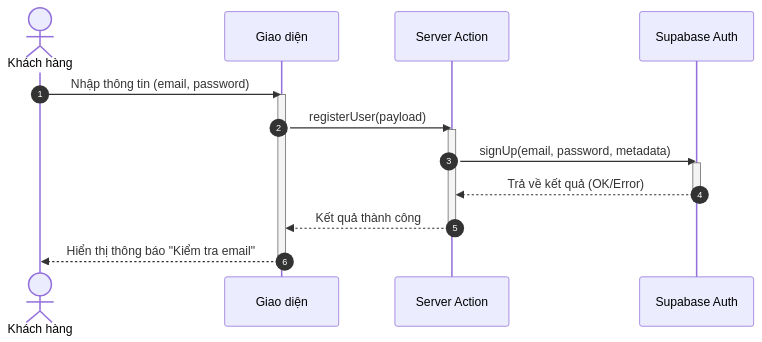
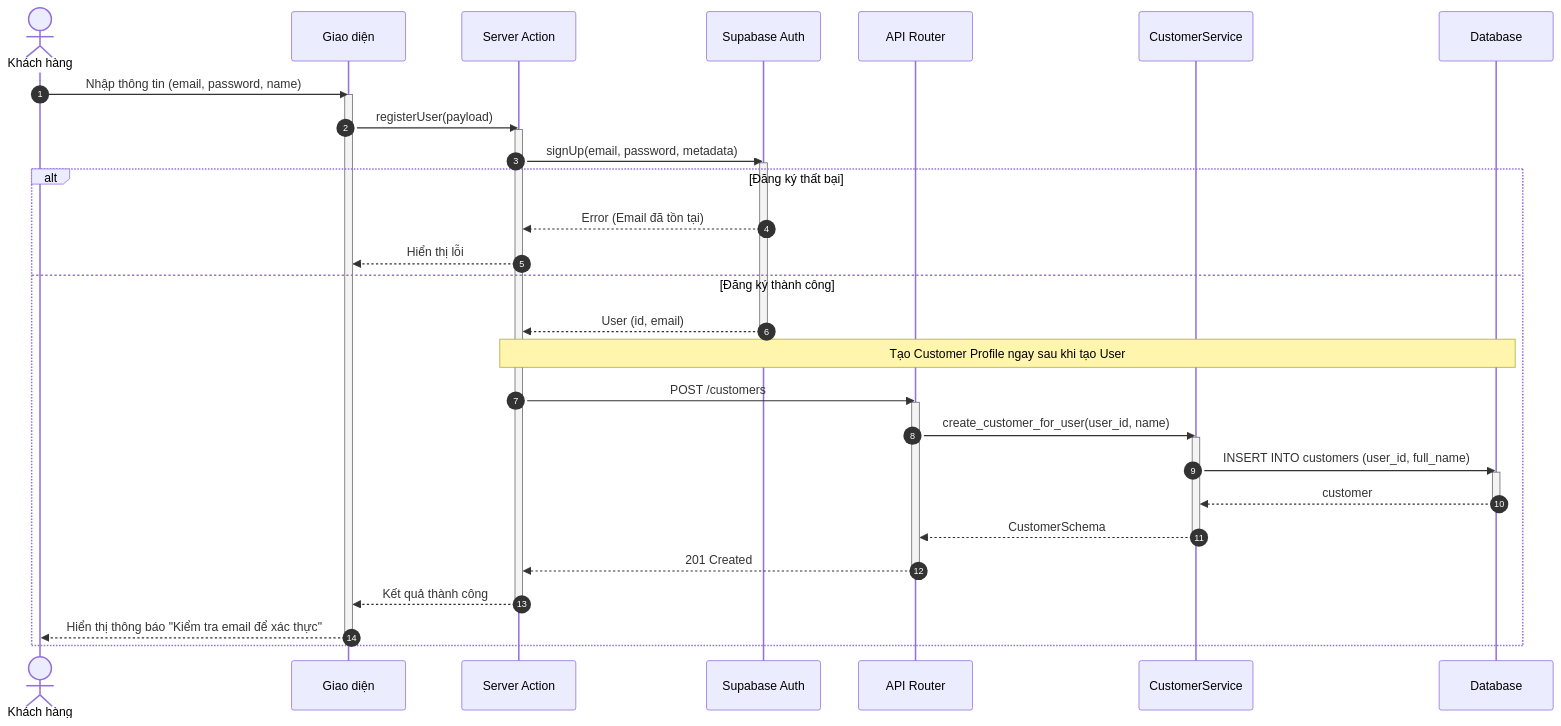
The first of 8 diagrams in docs/design/sequences/authentication.md (ngoctinn/Synapse), drawn with Mermaid before and after one commit. The commit also changed other lines of this file and 6 other files, not shown here.

Commit message:
feat: add comprehensive database design v2.2 documentation with ERD and SQL script, along with initial design and antigravity docs.

````diff
--- a/docs/design/sequences/authentication.md
+++ b/docs/design/sequences/authentication.md
@@ -29,24 +29,46 @@
 ```mermaid
 sequenceDiagram
     autonumber
     actor KH as Khách hàng
     participant UI as Giao diện
     participant BFF as Server Action
     participant SUPA as Supabase Auth
+    participant API as API Router
+    participant S as CustomerService
+    participant DB as Database
 
-    KH->>UI: Nhập thông tin (email, password)
+    KH->>UI: Nhập thông tin (email, password, name)
     activate UI
     UI->>BFF: registerUser(payload)
     activate BFF
 
     BFF->>SUPA: signUp(email, password, metadata)
     activate SUPA
-    SUPA-->>BFF: Trả về kết quả (OK/Error)
-    deactivate SUPA
+    alt Đăng ký thất bại
+        SUPA-->>BFF: Error (Email đã tồn tại)
+        BFF-->>UI: Hiển thị lỗi
+    else Đăng ký thành công
+        SUPA-->>BFF: User (id, email)
+        deactivate SUPA
 
-    BFF-->>UI: Kết quả thành công
-    deactivate BFF
+        Note over BFF,DB: Tạo Customer Profile ngay sau khi tạo User
+        BFF->>API: POST /customers
+        activate API
+        API->>S: create_customer_for_user(user_id, name)
+        activate S
+        S->>DB: INSERT INTO customers (user_id, full_name)
+        activate DB
+        DB-->>S: customer
+        deactivate DB
+        S-->>API: CustomerSchema
+        deactivate S
+        API-->>BFF: 201 Created
+        deactivate API
 
-    UI-->>KH: Hiển thị thông báo "Kiểm tra email"
-    deactivate UI
+        BFF-->>UI: Kết quả thành công
+        deactivate BFF
+
+        UI-->>KH: Hiển thị thông báo "Kiểm tra email để xác thực"
+        deactivate UI
+    end
 ```
````
